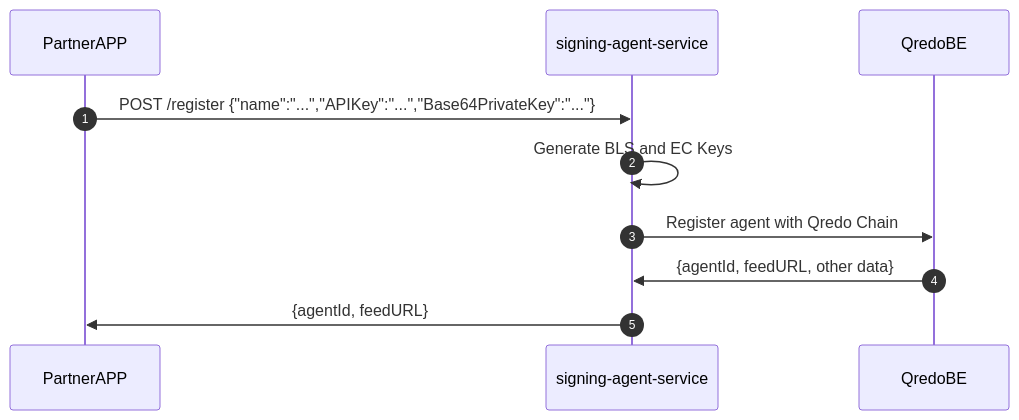
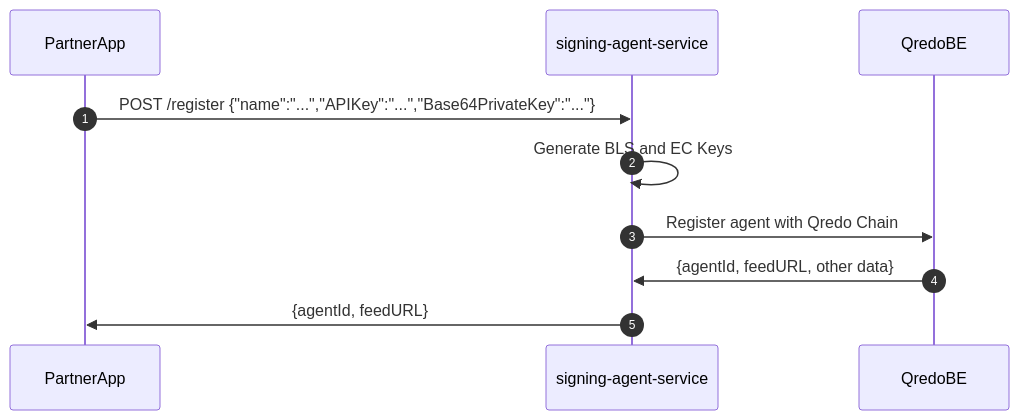
Before and after one commit to qredo/signing-agent: the first of 3 diagrams in docs/usage.md, drawn with Mermaid. The commit also changed other lines of this file and 4 other files, not shown here.

````diff
--- a/docs/usage.md
+++ b/docs/usage.md
@@ -87,9 +85,9 @@
 ```mermaid
 sequenceDiagram
 autonumber
-  PartnerAPP->>signing-agent-service:POST /register {"name":"...","APIKey":"...","Base64PrivateKey":"..."}
+  PartnerApp->>signing-agent-service:POST /register {"name":"...","APIKey":"...","Base64PrivateKey":"..."}
   signing-agent-service->>signing-agent-service: Generate BLS and EC Keys
   signing-agent-service->>QredoBE: Register agent with Qredo Chain
   QredoBE->>signing-agent-service: {agentId, feedURL, other data} 
-  signing-agent-service->>PartnerAPP: {agentId, feedURL}
+  signing-agent-service->>PartnerApp: {agentId, feedURL}
 ```
````
